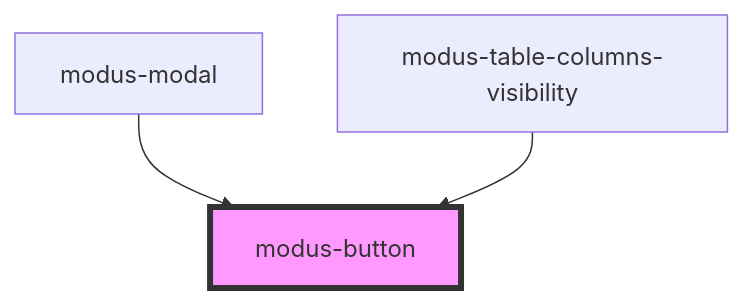
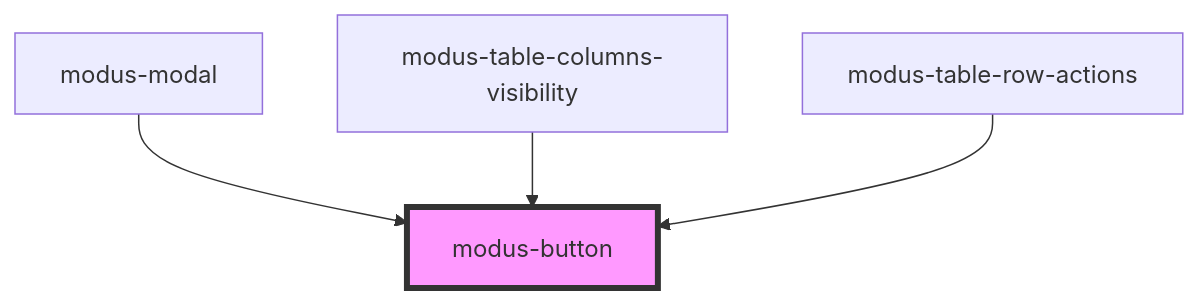
Before and after one commit to trimble-oss/modus-web-components: the diagram in stencil-workspace/src/components/modus-button/readme.md, drawn with Mermaid. The commit also changed other lines of this file and 42 other files, not shown here.

Commit message:
Added support for row actions in Modus Table

````diff
--- a/stencil-workspace/src/components/modus-button/readme.md
+++ b/stencil-workspace/src/components/modus-button/readme.md
@@ -51,6 +52,7 @@
 ```mermaid
 graph TD;
   modus-modal --> modus-button
   modus-table-columns-visibility --> modus-button
+  modus-table-row-actions --> modus-button
   style modus-button fill:#f9f,stroke:#333,stroke-width:4px
 ```
````
